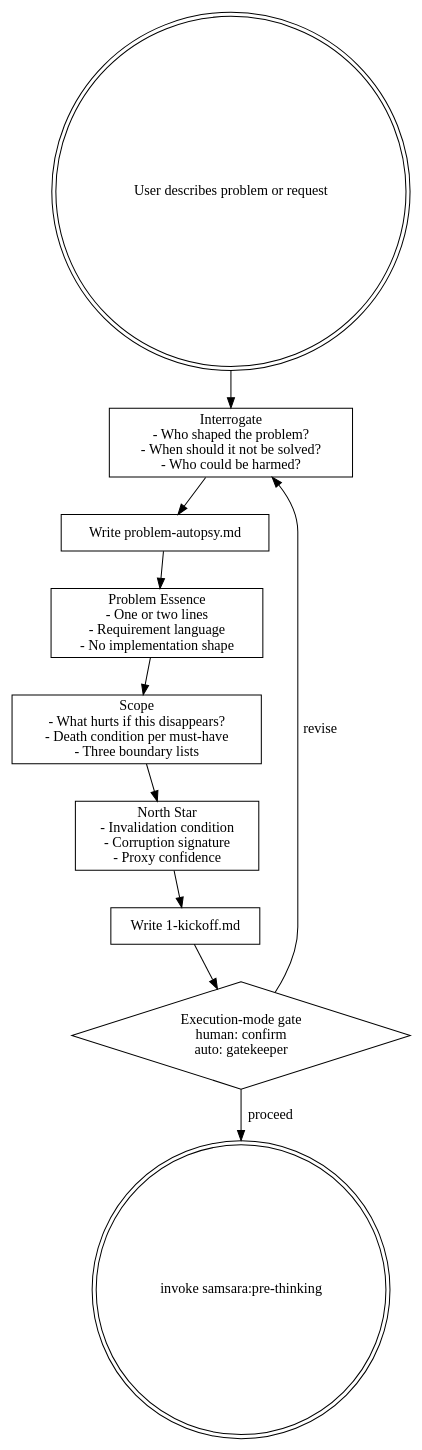
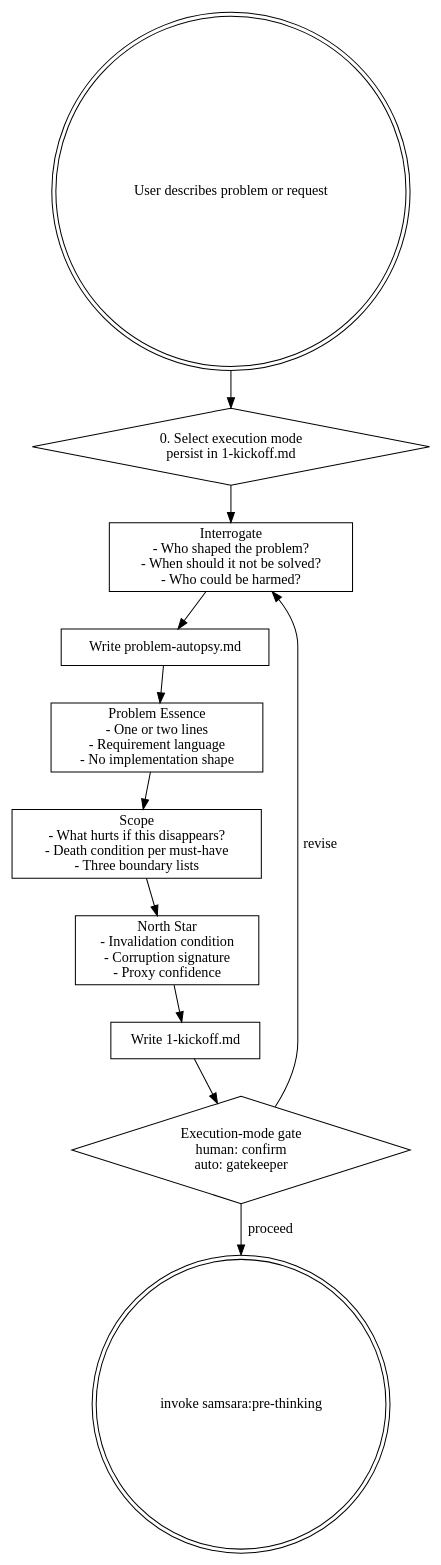
The diagram in skills/research/SKILL.md (roymondliao/samsara), drawn with Graphviz before and after one commit. The commit also changed other lines of this file and 37 other files, not shown here.

````diff
--- a/skills/research/SKILL.md
+++ b/skills/research/SKILL.md
@@ -19,25 +45,27 @@
 ```dot
 digraph research {
     node [shape=box];
 
     start [label="User describes problem or request" shape=doublecircle];
+    mode [label="0. Select execution mode\npersist in 1-kickoff.md" shape=diamond];
     interrogate [label="Interrogate\n- Who shaped the problem?\n- When should it not be solved?\n- Who could be harmed?"];
     output_autopsy [label="Write problem-autopsy.md"];
     essence [label="Problem Essence\n- One or two lines\n- Requirement language\n- No implementation shape"];
     scope [label="Scope\n- What hurts if this disappears?\n- Death condition per must-have\n- Three boundary lists"];
     north_star [label="North Star\n- Invalidation condition\n- Corruption signature\n- Proxy confidence"];
     output_kickoff [label="Write 1-kickoff.md"];
     gate [label="Execution-mode gate\nhuman: confirm\nauto: gatekeeper" shape=diamond];
     next [label="invoke samsara:pre-thinking" shape=doublecircle];
 
-    start -> interrogate;
+    start -> mode;
+    mode -> interrogate;
     interrogate -> output_autopsy;
     output_autopsy -> essence;
     essence -> scope;
     scope -> north_star;
     north_star -> output_kickoff;
     output_kickoff -> gate;
     gate -> next [label="proceed"];
     gate -> interrogate [label="revise"];
 }
 ```
````
